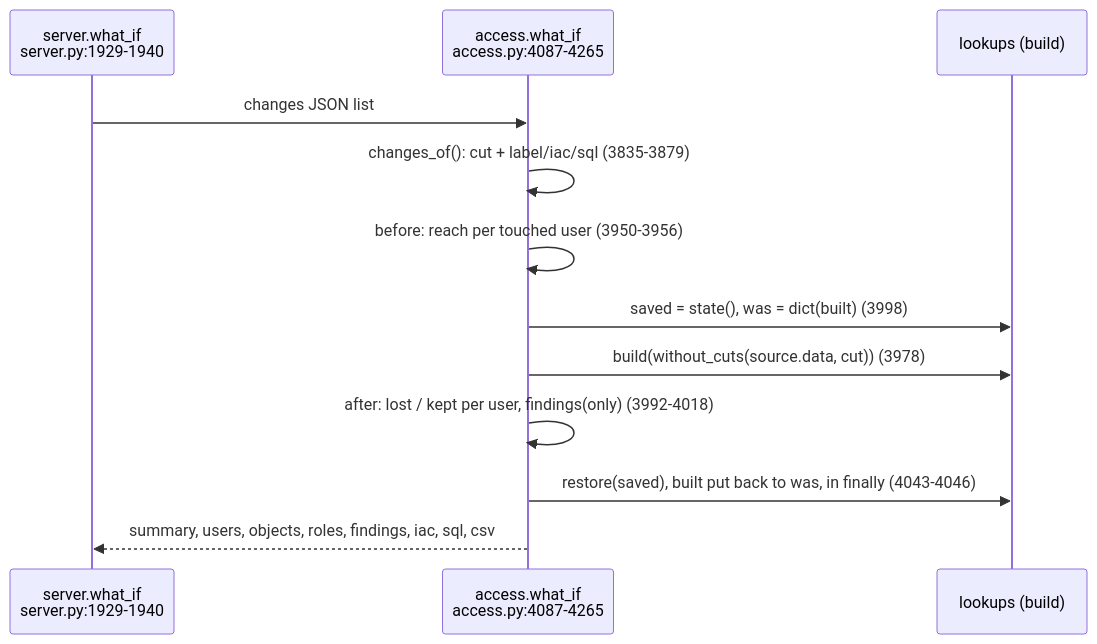
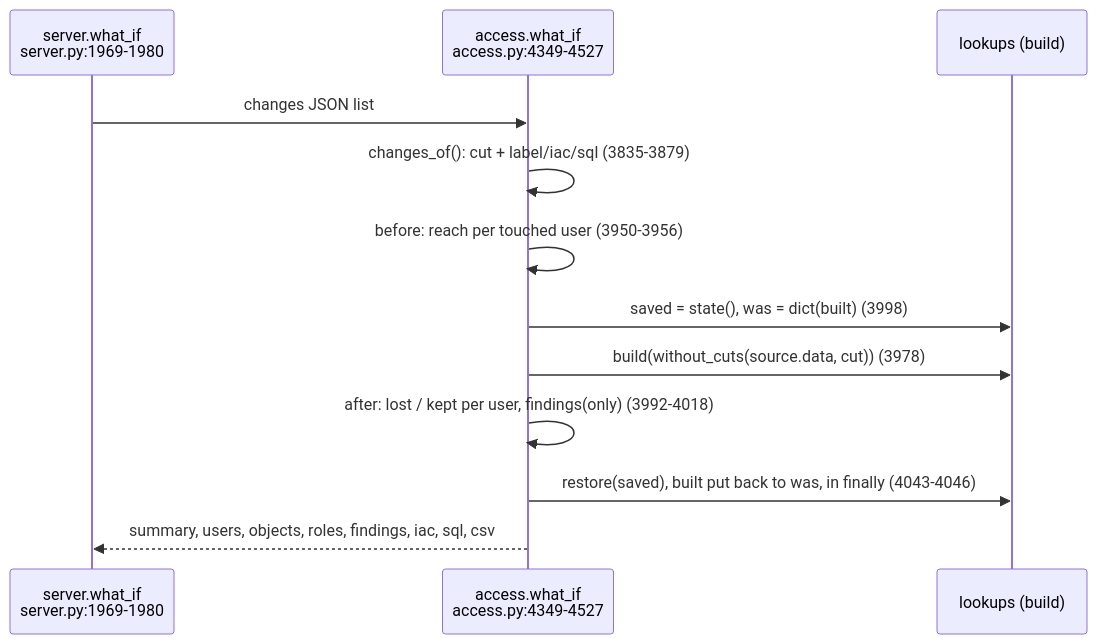
Before and after one commit to darshanmeel/snowflake-access-explorer: the diagram in snowflake-access-explorer-knowledge-graph/logic/what-if.md, drawn with Mermaid. The commit also changed other lines of this file and 79 other files, not shown here.

Commit message:
Knowledge graph: STATEMENT_TIMEOUT, WORKERS, ACTIVITY, HIERARCHY, progress lines, shared ACCESS_HISTORY read, procedure batching; node lines re-synced

````diff
--- a/snowflake-access-explorer-knowledge-graph/logic/what-if.md
+++ b/snowflake-access-explorer-knowledge-graph/logic/what-if.md
@@ -6,14 +6,14 @@
 ```mermaid
 sequenceDiagram
-  participant S as server.what_if<br/>server.py:1929-1940
-  participant W as access.what_if<br/>access.py:4087-4265
+  participant S as server.what_if<br/>server.py:1969-1980
+  participant W as access.what_if<br/>access.py:4349-4527
   participant L as lookups (build)
   S->>W: changes JSON list
   W->>W: changes_of(): cut + label/iac/sql (3835-3879)
   W->>W: before: reach per touched user (3950-3956)
   W->>L: saved = state(), was = dict(built) (3998)
   W->>L: build(without_cuts(source.data, cut)) (3978)
   W->>W: after: lost / kept per user, findings(only) (3992-4018)
   W->>L: restore(saved), built put back to was, in finally (4043-4046)
   W-->>S: summary, users, objects, roles, findings, iac, sql, csv
 ```
````
